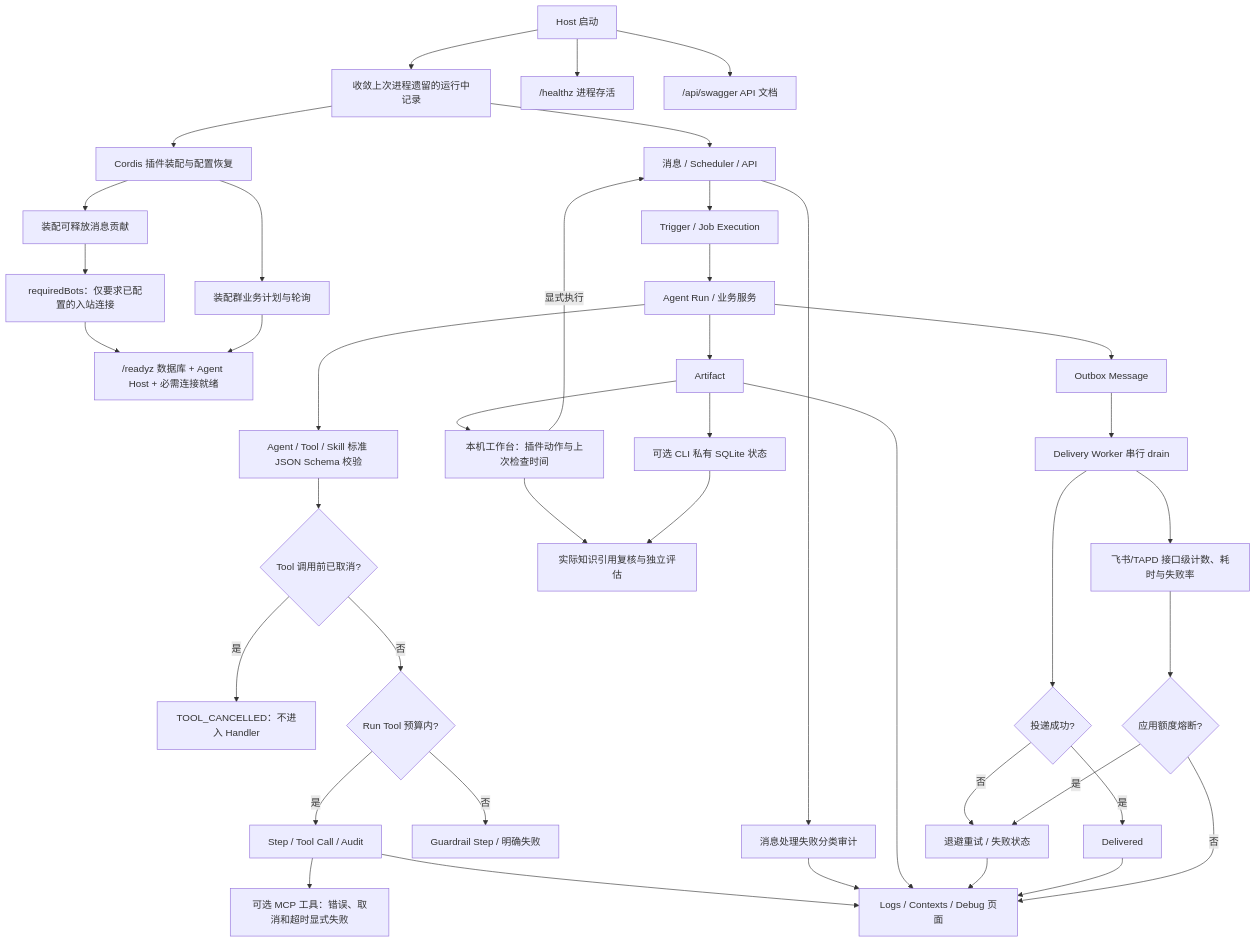
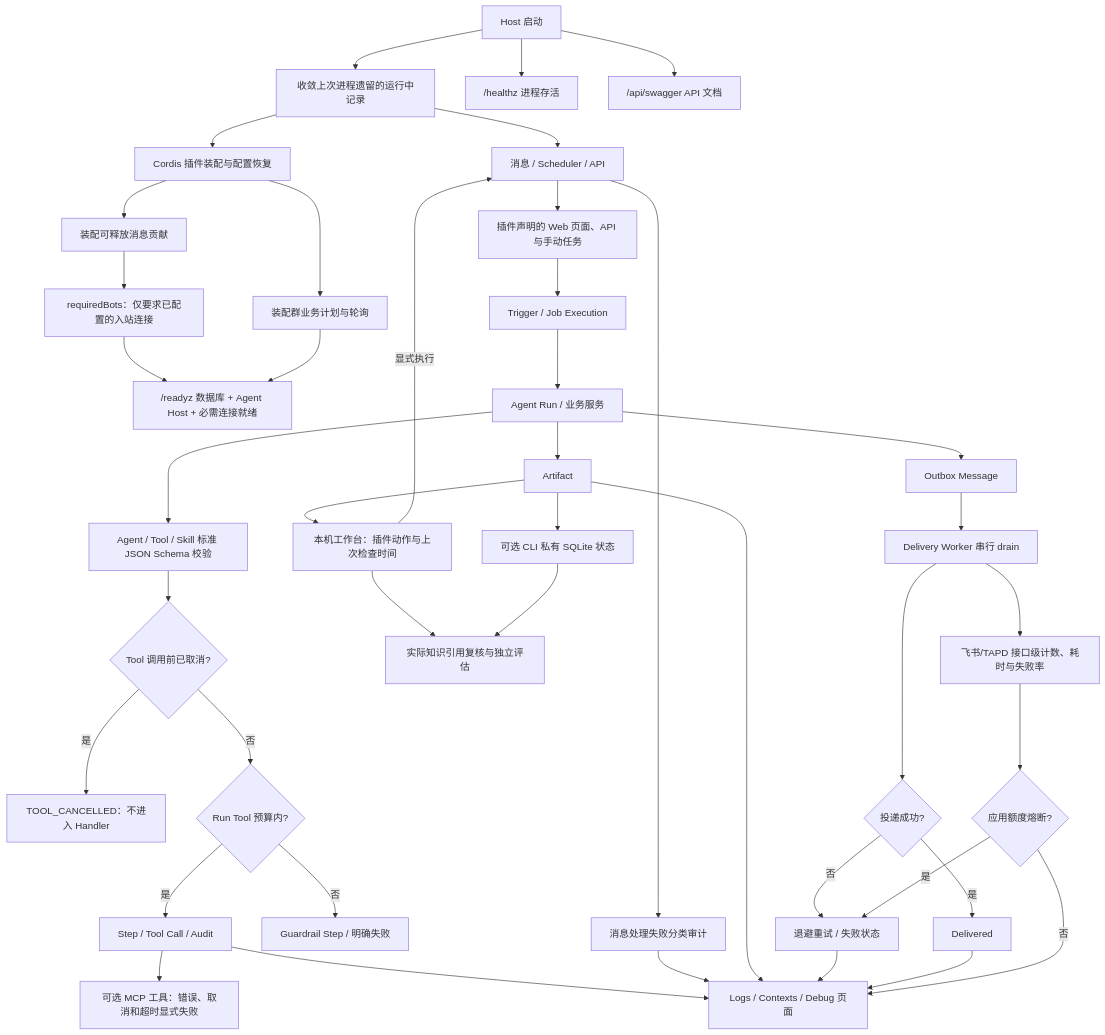
The diagram in backend/src/platform/runtime/FEATURE.md (KlayPeter/AI-Delivery-Ops-Agent), drawn with Mermaid before and after one commit. The commit also changed other lines of this file and 39 other files, not shown here.

Commit message:
feat: let plugins own Web entries and manual job access

````diff
--- a/backend/src/platform/runtime/FEATURE.md
+++ b/backend/src/platform/runtime/FEATURE.md
@@ -21,43 +21,44 @@
 ```mermaid
 flowchart TD
     R["Host 启动"] --> S["收敛上次进程遗留的运行中记录"]
     R --> Q["/healthz 进程存活"]
     R --> OAPI["/api/swagger API 文档"]
     S --> P["Cordis 插件装配与配置恢复"]
     P --> MR["装配可释放消息贡献"]
     MR --> BC["requiredBots：仅要求已配置的入站连接"]
     BC --> Z["/readyz 数据库 + Agent Host + 必需连接就绪"]
     P --> SJ[装配群业务计划与轮询]
     SJ --> Z
     S --> A["消息 / Scheduler / API"]
-    A --> B["Trigger / Job Execution"]
+    A --> WOWN[插件声明的 Web 页面、API 与手动任务]
+    WOWN --> B["Trigger / Job Execution"]
     B --> C["Agent Run / 业务服务"]
     C --> SC[Agent / Tool / Skill 标准 JSON Schema 校验]
     SC --> TC{"Tool 调用前已取消?"}
     D --> MCP[可选 MCP 工具：错误、取消和超时显式失败]
     TC -- 是 --> TR["TOOL_CANCELLED：不进入 Handler"]
     TC -- 否 --> L{"Run Tool 预算内?"}
     L -- 是 --> D["Step / Tool Call / Audit"]
     L -- 否 --> M["Guardrail Step / 明确失败"]
     C --> E["Artifact"]
     C --> F["Outbox Message"]
     F --> G["Delivery Worker 串行 drain"]
     G --> H{"投递成功?"}
     H -- 否 --> I["退避重试 / 失败状态"]
     H -- 是 --> J["Delivered"]
     D --> K["Logs / Contexts / Debug 页面"]
     A --> X["消息处理失败分类审计"]
     X --> K
     E --> WA[本机工作台：插件动作与上次检查时间]
     WA -- 显式执行 --> A
     WA --> IC
     E --> KS[可选 CLI 私有 SQLite 状态]
     KS --> IC[实际知识引用复核与独立评估]
     E --> K
     I --> K
     J --> K
     G --> Y["飞书/TAPD 接口级计数、耗时与失败率"]
     Y --> Z1{"应用额度熔断?"}
     Z1 -- "是" --> I
     Z1 -- "否" --> K
 ```
````
